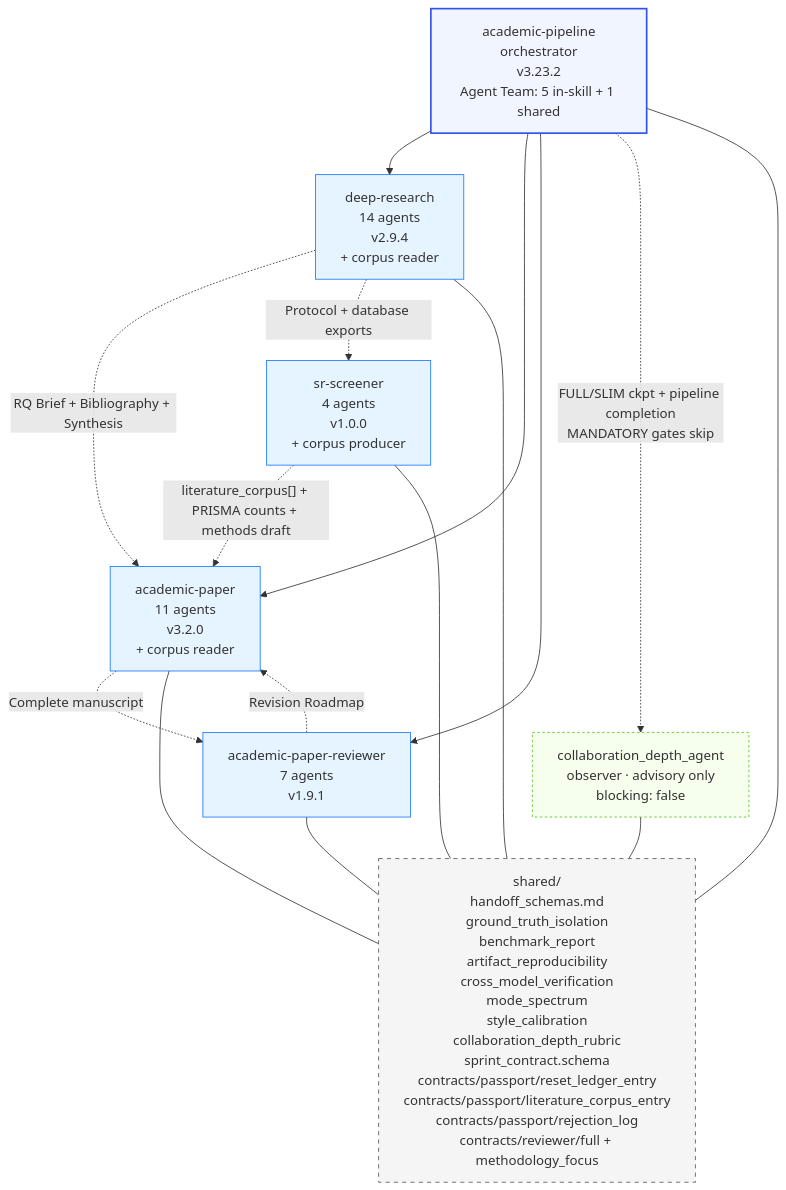
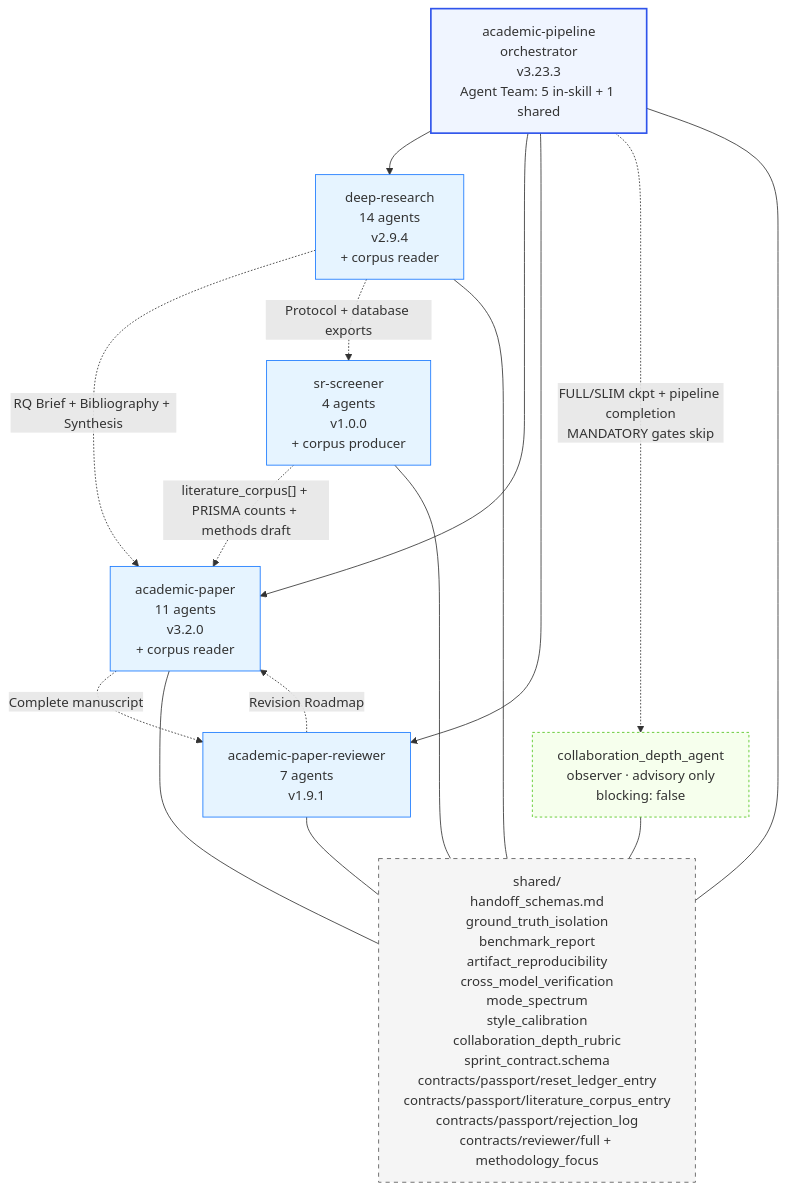
The fourth of 5 diagrams in docs/ARCHITECTURE.md (pouriamrt/academic-research-skills), drawn with Mermaid before and after one commit. The commit also changed other lines of this file and 10 other files, not shown here.

````diff
--- a/docs/ARCHITECTURE.md
+++ b/docs/ARCHITECTURE.md
@@ -220,35 +220,35 @@
 ```mermaid
 graph TD
-    Pipeline[academic-pipeline<br/>orchestrator<br/>v3.23.2<br/>Agent Team: 5 in-skill + 1 shared]
+    Pipeline[academic-pipeline<br/>orchestrator<br/>v3.23.3<br/>Agent Team: 5 in-skill + 1 shared]
     Observer[collaboration_depth_agent<br/>observer · advisory only<br/>blocking: false]
     DR[deep-research<br/>14 agents<br/>v2.9.4<br/>+ corpus reader]
     AP[academic-paper<br/>11 agents<br/>v3.2.0<br/>+ corpus reader]
     APR[academic-paper-reviewer<br/>7 agents<br/>v1.9.1]
     SRS[sr-screener<br/>4 agents<br/>v1.0.0<br/>+ corpus producer]
     Shared[shared/<br/>handoff_schemas.md<br/>ground_truth_isolation<br/>benchmark_report<br/>artifact_reproducibility<br/>cross_model_verification<br/>mode_spectrum<br/>style_calibration<br/>collaboration_depth_rubric<br/>sprint_contract.schema<br/>contracts/passport/reset_ledger_entry<br/>contracts/passport/literature_corpus_entry<br/>contracts/passport/rejection_log<br/>contracts/reviewer/full + methodology_focus]
 
     Pipeline --> DR
     Pipeline --> AP
     Pipeline --> APR
     Pipeline -. "FULL/SLIM ckpt + pipeline completion<br/>MANDATORY gates skip" .-> Observer
     DR -. "RQ Brief + Bibliography + Synthesis" .-> AP
     AP -. "Complete manuscript" .-> APR
     APR -. "Revision Roadmap" .-> AP
     DR -. "Protocol + database exports" .-> SRS
     SRS -. "literature_corpus[] + PRISMA counts + methods draft" .-> AP
     DR --- Shared
     AP --- Shared
     APR --- Shared
     Pipeline --- Shared
     Observer --- Shared
     SRS --- Shared
 
     classDef orch fill:#f0f5ff,stroke:#2f54eb,stroke-width:2px
     classDef skill fill:#e6f4ff,stroke:#1677ff
     classDef shared fill:#f5f5f5,stroke:#595959,stroke-dasharray:5 5
     classDef observer fill:#f6ffed,stroke:#52c41a,stroke-dasharray:3 3
     class Pipeline orch
     class DR,AP,APR,SRS skill
     class Shared shared
     class Observer observer
 ```
````
